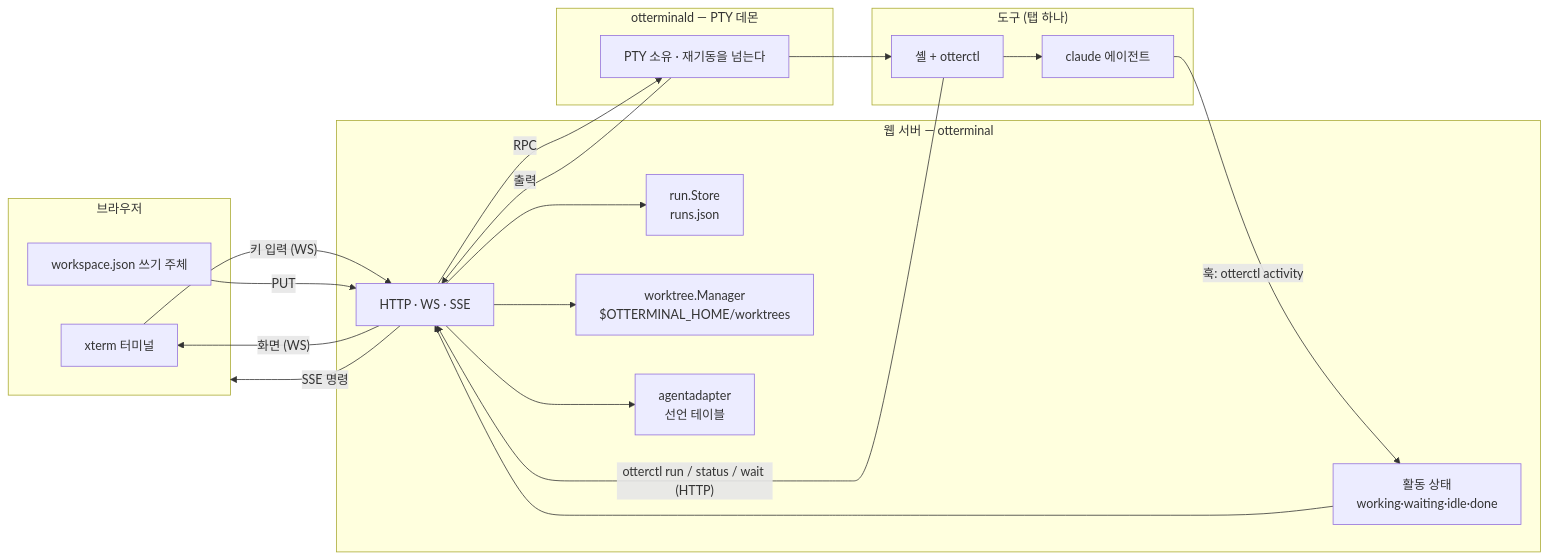
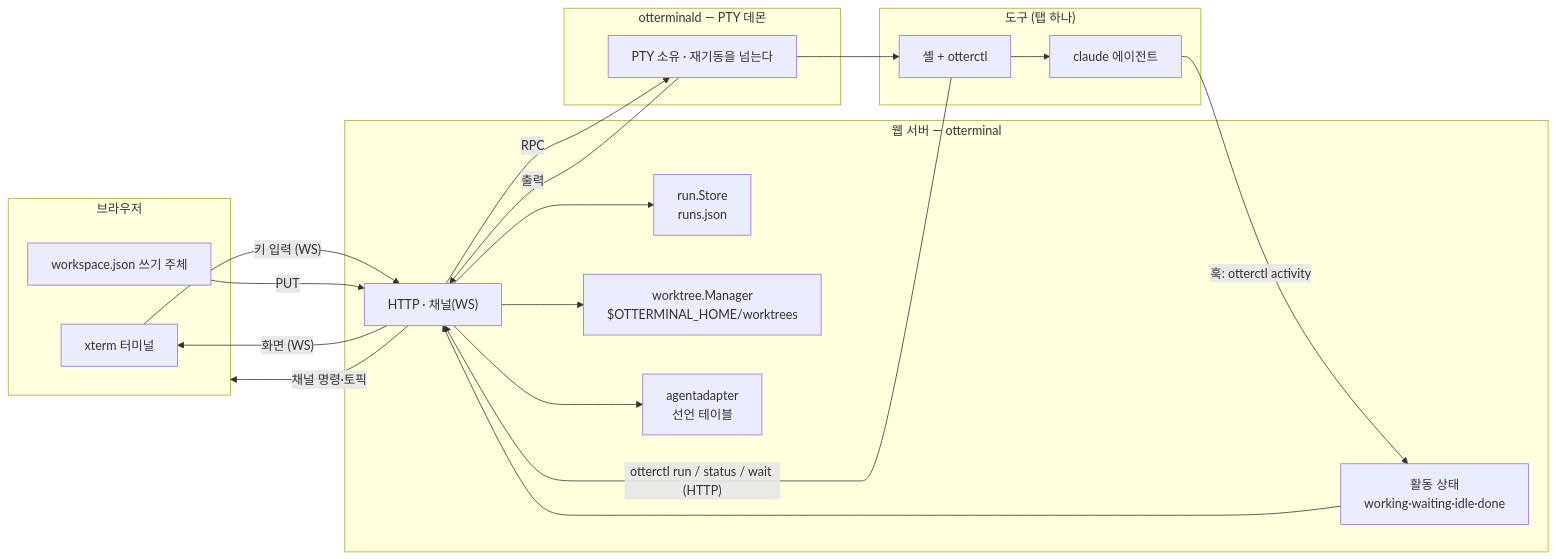
The second of 6 diagrams in docs/internal/architecture.md (Biisairo/dongminal), drawn with Mermaid before and after one commit. The commit also changed other lines of this file and 56 other files, not shown here.

````diff
--- a/docs/internal/architecture.md
+++ b/docs/internal/architecture.md
@@ -620,35 +620,35 @@
 ```mermaid
 flowchart LR
   subgraph BR["브라우저"]
     XT["xterm 터미널"]
     WSJ["workspace.json 쓰기 주체"]
   end
   subgraph SRV["웹 서버 — otterminal"]
-    API["HTTP · WS · SSE"]
+    API["HTTP · 채널(WS)"]
     RS["run.Store<br/>runs.json"]
     WM["worktree.Manager<br/>$OTTERMINAL_HOME/worktrees"]
     AD["agentadapter<br/>선언 테이블"]
     ACT["활동 상태<br/>working·waiting·idle·done"]
   end
   subgraph DMN["otterminald — PTY 데몬"]
     PTY["PTY 소유 · 재기동을 넘는다"]
   end
   subgraph TOOL["도구 (탭 하나)"]
     SH["셸 + otterctl"]
     AG["claude 에이전트"]
   end
   XT -- "키 입력 (WS)" --> API
   API -- "RPC" --> PTY
   PTY -- "출력" --> API
   API -- "화면 (WS)" --> XT
   PTY --> SH
   SH --> AG
   AG -- "훅: otterctl activity" --> ACT
   SH -- "otterctl run / status / wait (HTTP)" --> API
   API --> RS
   API --> WM
   API --> AD
   ACT --> API
-  API -- "SSE 명령" --> BR
+  API -- "채널 명령·토픽" --> BR
   WSJ -- "PUT" --> API
 ```
````
